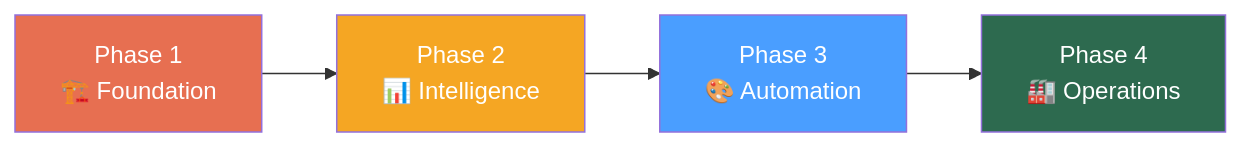
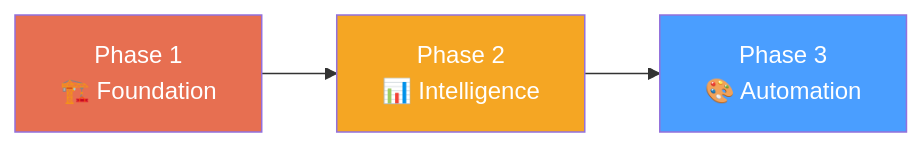
One commit to gonzric1/TrendMines changed the third of 3 diagrams in Docs/trendforge-system-design.md. Above: the diagram before and after it, drawn with Mermaid. The commit also changed other lines of this file and 72 other files, not shown here.

````diff
--- a/Docs/trendforge-system-design.md
+++ b/Docs/trendforge-system-design.md
@@ -501,11 +470,9 @@
 ```mermaid
 flowchart LR
     A["Phase 1\n🏗️ Foundation"] --> B["Phase 2\n📊 Intelligence"]
     B --> C["Phase 3\n🎨 Automation"]
-    C --> D["Phase 4\n🏭 Operations"]
 
     style A fill:#e76f51,color:#fff
     style B fill:#f5a623,color:#fff
     style C fill:#4a9eff,color:#fff
-    style D fill:#2d6a4f,color:#fff
 ```
````
